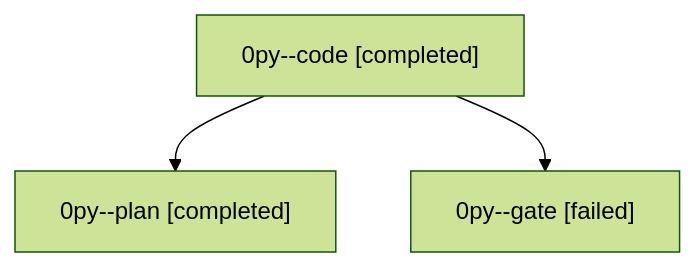
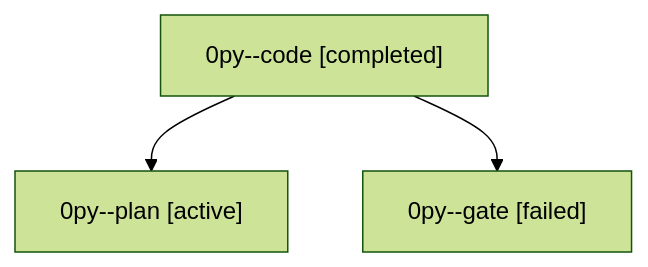
The diagram in families/bbugyi200.athena.0py.md (sase-org/sase--agents), drawn with Mermaid (forest theme) before and after one commit. The commit also changed other lines of this file and 35830 other files, not shown here.

````diff
--- a/families/bbugyi200.athena.0py.md
+++ b/families/bbugyi200.athena.0py.md
@@ -9,8 +9,8 @@
 ```mermaid
 flowchart TD
   n0["0py--code [completed]"]
-  n1["0py--plan [completed]"]
+  n1["0py--plan [active]"]
   n0 --> n1
   n2["0py--gate [failed]"]
   n0 --> n2
 ```
````
